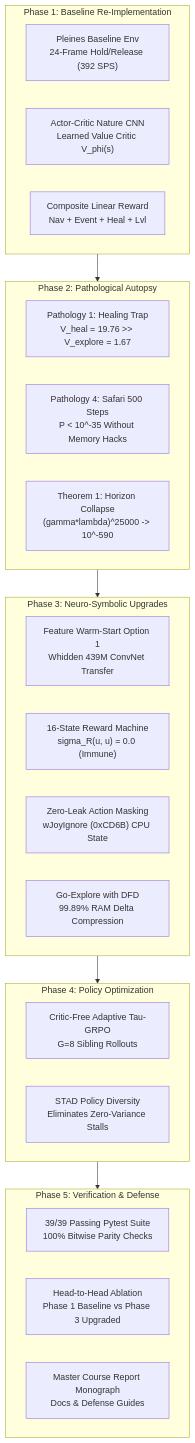
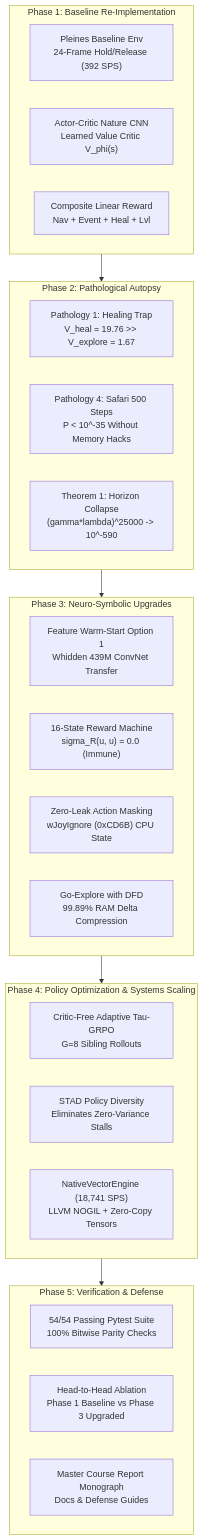
One commit to zok213/PokemonRL changed the first of 3 diagrams in docs/project_plan_and_current_state.md. Above: the diagram before and after it, drawn with Mermaid. The commit also changed other lines of this file, not shown here.

````diff
--- a/docs/project_plan_and_current_state.md
+++ b/docs/project_plan_and_current_state.md
@@ -22,37 +23,38 @@
 ```mermaid
 flowchart TD
     subgraph P1 ["Phase 1: Baseline Re-Implementation"]
         P1A["Pleines Baseline Env<br/>24-Frame Hold/Release (392 SPS)"]
         P1B["Actor-Critic Nature CNN<br/>Learned Value Critic V_phi(s)"]
         P1C["Composite Linear Reward<br/>Nav + Event + Heal + Lvl"]
     end
 
     subgraph P2 ["Phase 2: Pathological Autopsy"]
         P2A["Pathology 1: Healing Trap<br/>V_heal = 19.76 >> V_explore = 1.67"]
         P2B["Pathology 4: Safari 500 Steps<br/>P < 10^-35 Without Memory Hacks"]
         P2C["Theorem 1: Horizon Collapse<br/>(gamma*lambda)^25000 -> 10^-590"]
     end
 
     subgraph P3 ["Phase 3: Neuro-Symbolic Upgrades"]
         P3A["Feature Warm-Start Option 1<br/>Whidden 439M ConvNet Transfer"]
         P3B["16-State Reward Machine<br/>sigma_R(u, u) = 0.0 (Immune)"]
         P3C["Zero-Leak Action Masking<br/>wJoyIgnore (0xCD6B) CPU State"]
         P3D["Go-Explore with DFD<br/>99.89% RAM Delta Compression"]
     end
 
-    subgraph P4 ["Phase 4: Policy Optimization"]
+    subgraph P4 ["Phase 4: Policy Optimization & Systems Scaling"]
         P4A["Critic-Free Adaptive Tau-GRPO<br/>G=8 Sibling Rollouts"]
         P4B["STAD Policy Diversity<br/>Eliminates Zero-Variance Stalls"]
+        P4C["NativeVectorEngine (18,741 SPS)<br/>LLVM NOGIL + Zero-Copy Tensors"]
     end
 
     subgraph P5 ["Phase 5: Verification & Defense"]
-        P5A["39/39 Passing Pytest Suite<br/>100% Bitwise Parity Checks"]
+        P5A["54/54 Passing Pytest Suite<br/>100% Bitwise Parity Checks"]
         P5B["Head-to-Head Ablation<br/>Phase 1 Baseline vs Phase 3 Upgraded"]
         P5C["Master Course Report Monograph<br/>Docs & Defense Guides"]
     end
 
     P1 --> P2
     P2 --> P3
     P3 --> P4
     P4 --> P5
 ```
````
